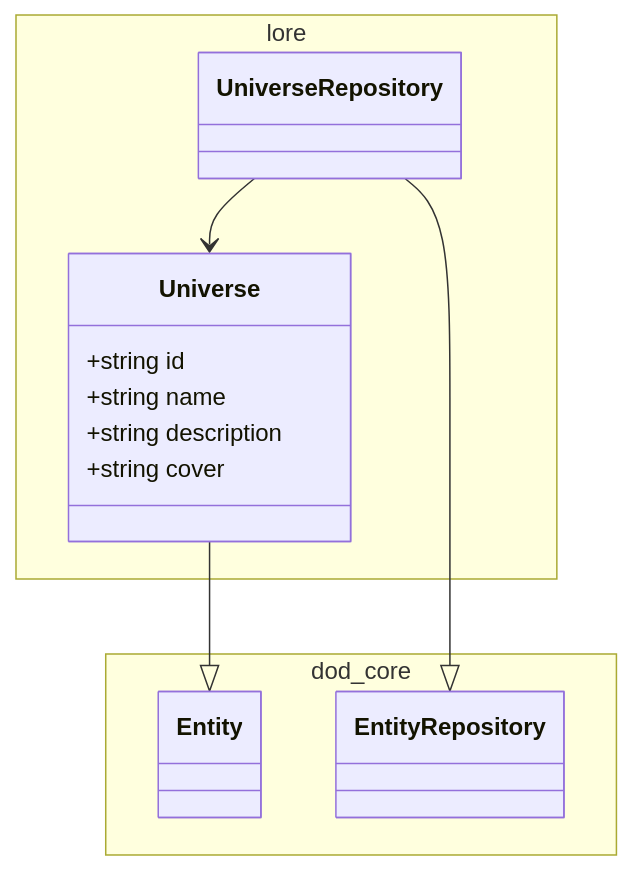
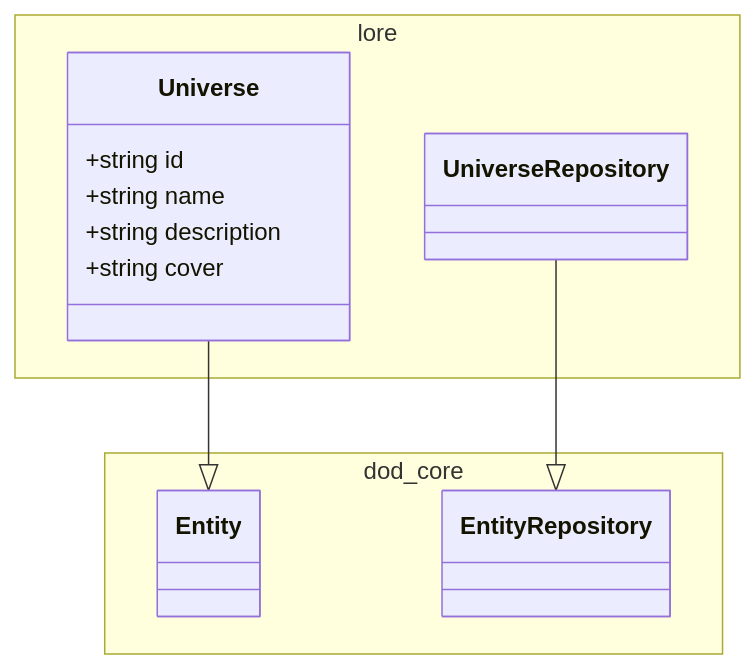
Before and after one commit to pslotinsky/decay-of-magic: the second of 3 diagrams in realms/universe/README.md, drawn with Mermaid. The commit also changed other lines of this file and 16 other files, not shown here.

````diff
--- a/realms/universe/README.md
+++ b/realms/universe/README.md
@@ -144,20 +75,19 @@
 ```mermaid
 classDiagram
   namespace lore {
     class Universe {
       +string id
       +string name
       +string description
       +string cover
     }
     class UniverseRepository
   }
   namespace dod_core {
     class Entity
     class EntityRepository
   }
 
   Universe --|> Entity
   UniverseRepository --|> EntityRepository
-  UniverseRepository --> Universe
 ```
````
